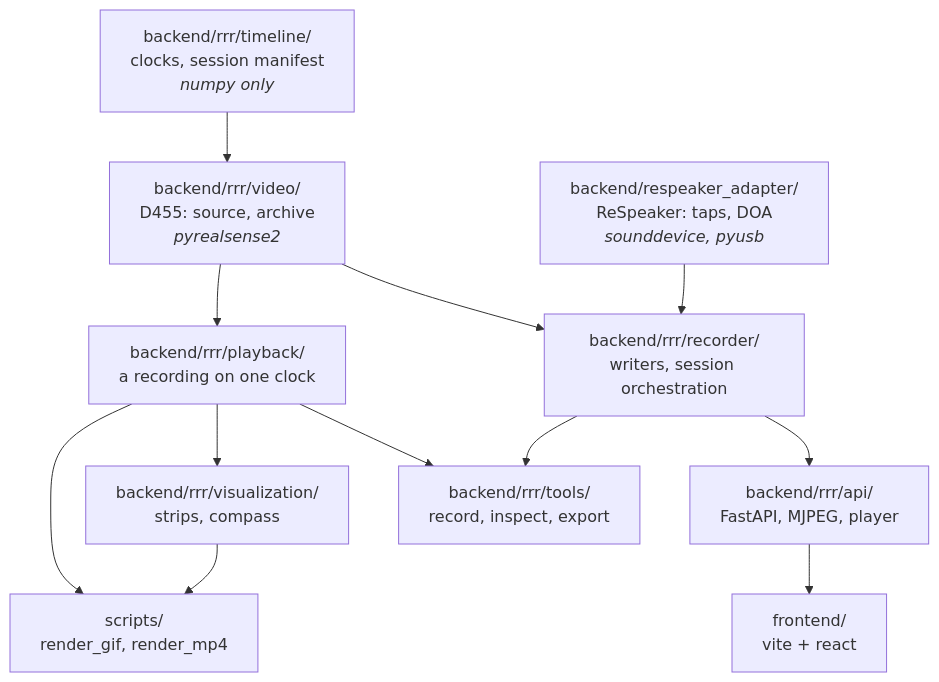
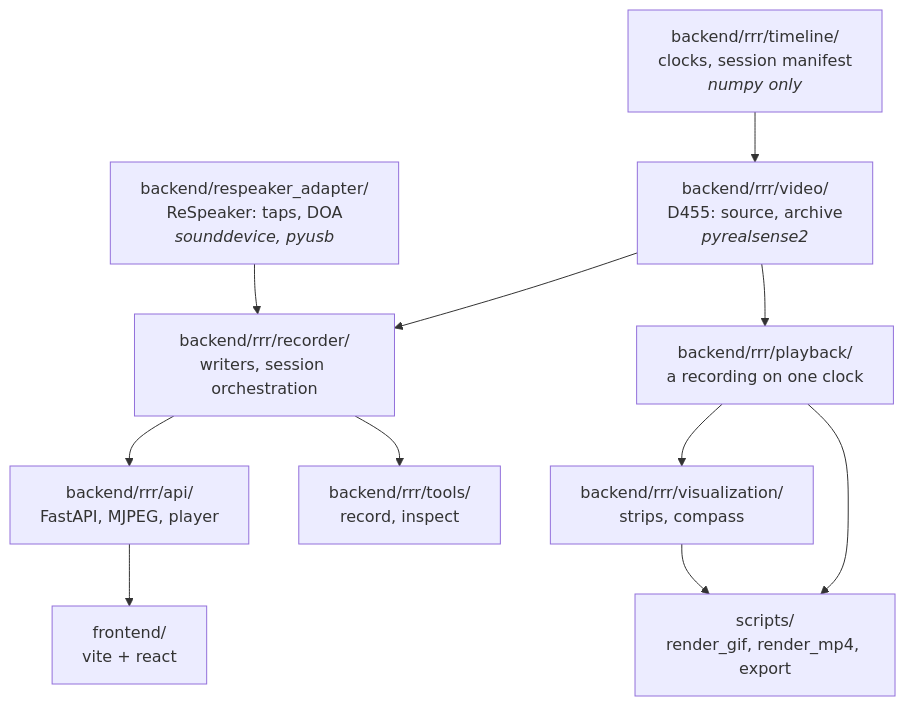
Before and after one commit to tkanek0/rererecorder: the first of 2 diagrams in docs/design.md, drawn with Mermaid. The commit also changed other lines of this file and 8 other files, not shown here.

Commit message:
Move the export writer and validator to scripts, outside the package

````diff
--- a/docs/design.md
+++ b/docs/design.md
@@ -33,24 +33,23 @@
 ```mermaid
 flowchart TD
     T["backend/rrr/timeline/<br/>clocks, session manifest<br/><i>numpy only</i>"]
     V["backend/rrr/video/<br/>D455: source, archive<br/><i>pyrealsense2</i>"]
     A["backend/respeaker_adapter/<br/>ReSpeaker: taps, DOA<br/><i>sounddevice, pyusb</i>"]
     R["backend/rrr/recorder/<br/>writers, session orchestration"]
     S["backend/rrr/api/<br/>FastAPI, MJPEG, player"]
     P["backend/rrr/playback/<br/>a recording on one clock"]
-    C["backend/rrr/tools/<br/>record, inspect, export"]
+    C["backend/rrr/tools/<br/>record, inspect"]
     Z["backend/rrr/visualization/<br/>strips, compass"]
-    X["scripts/<br/>render_gif, render_mp4"]
+    X["scripts/<br/>render_gif, render_mp4, export"]
     W["frontend/<br/>vite + react"]
     T --> V
     V --> R
     A --> R
     R --> S
     R --> C
     V --> P
-    P --> C
     P --> Z
     P --> X
     Z --> X
     S --> W
 ```
````
